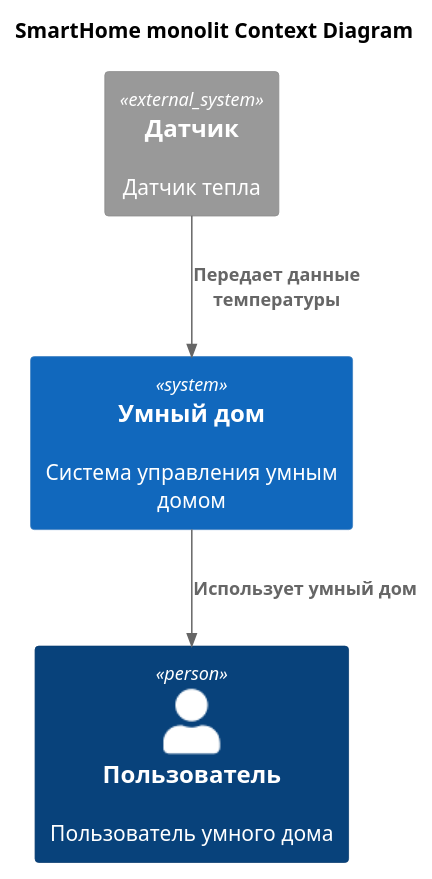
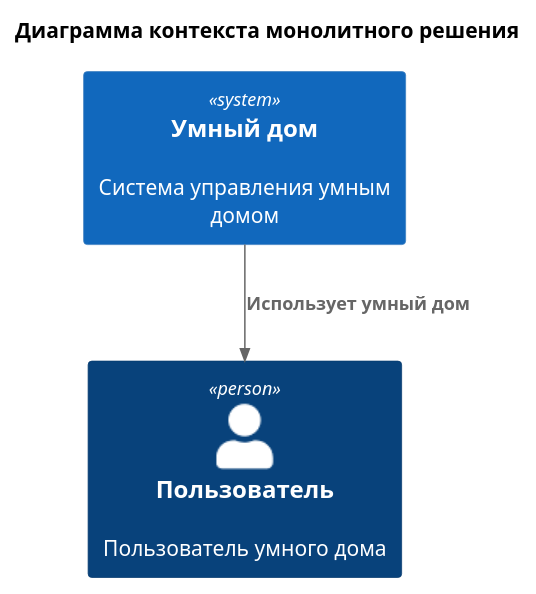
One commit to Yurtaevtv/architector-pro-warmhouse changed the diagram in schemas/context/monolit.puml. Above: the diagram before and after it, drawn with PlantUML.

Commit message:
try simplest solution

```diff
--- a/schemas/context/monolit.puml
+++ b/schemas/context/monolit.puml
@@ -1,17 +1,15 @@
 @startuml
 
-title SmartHome monolit Context Diagram
+title Диаграмма контекста монолитного решения
 
 top to bottom direction
 
 !includeurl https://raw.githubusercontent.com/RicardoNiepel/C4-PlantUML/master/C4_Component.puml
 
 Person(user, "Пользователь", "Пользователь умного дома")
 System(SmartHome, "Умный дом", "Система управления умным домом")
-System_Ext(sensors, "Датчик", "Датчик тепла")
 
 
-Rel(sensors, SmartHome, "Передает данные температуры")
 Rel(SmartHome, user, "Использует умный дом")
 
 @enduml
```
